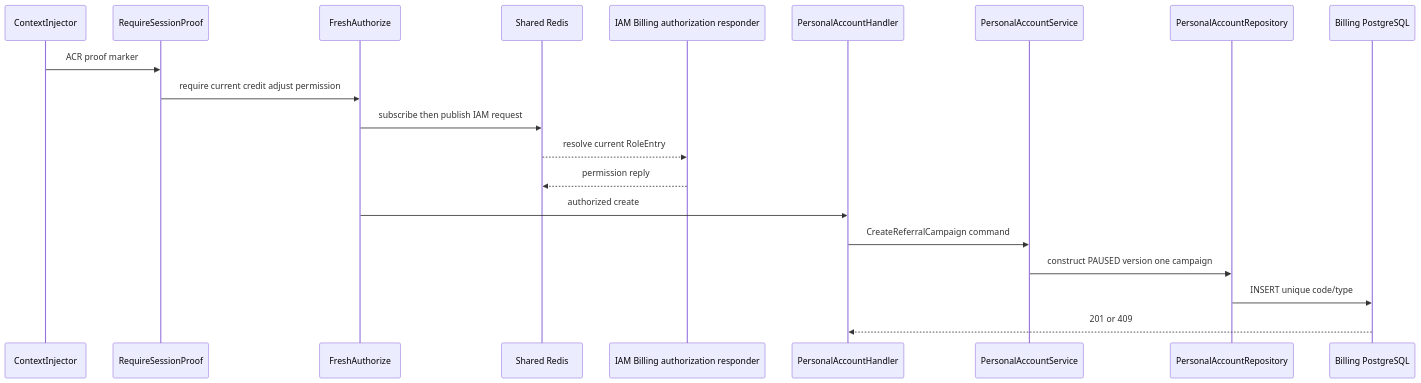
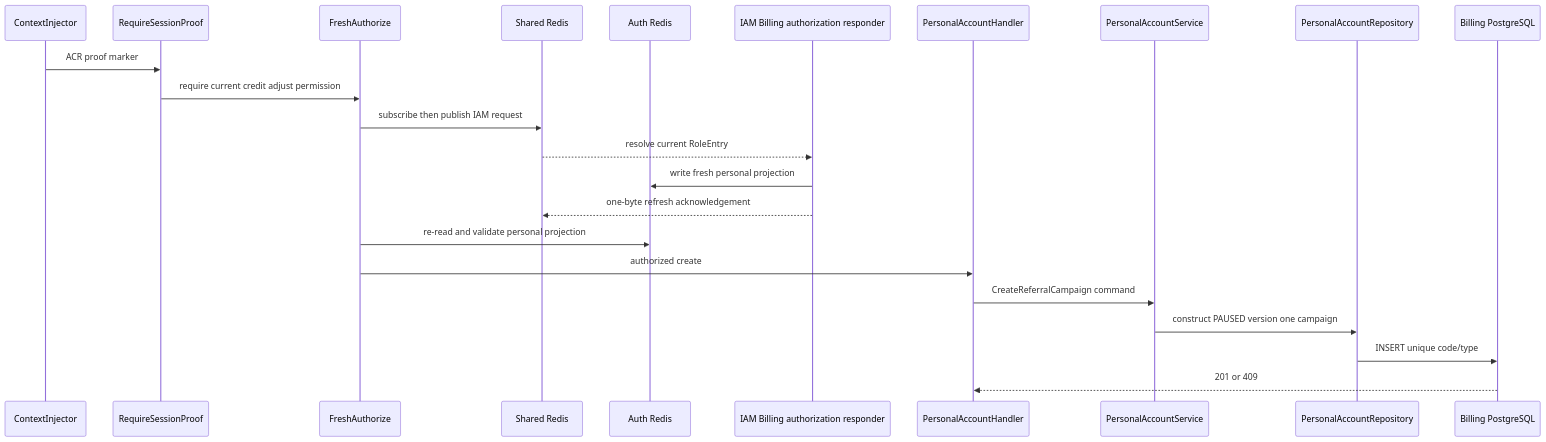
Before and after one commit to phucle996/aurora: the third of 3 diagrams in god_view/billing/billing_referral_campaign_create_god_view.md, drawn with Mermaid. The commit also changed 22 other files, not shown here.

````diff
--- a/god_view/billing/billing_referral_campaign_create_god_view.md
+++ b/god_view/billing/billing_referral_campaign_create_god_view.md
@@ -97,22 +97,25 @@
 ```mermaid
 sequenceDiagram
     participant G as ContextInjector
     participant P as RequireSessionProof
     participant M as FreshAuthorize
     participant SR as Shared Redis
+    participant L2 as Auth Redis
     participant IAM as IAM Billing authorization responder
     participant H as PersonalAccountHandler
     participant S as PersonalAccountService
     participant Repo as PersonalAccountRepository
     participant DB as Billing PostgreSQL
     G->>P: ACR proof marker
     P->>M: require current credit adjust permission
     M->>SR: subscribe then publish IAM request
     SR-->>IAM: resolve current RoleEntry
-    IAM-->>SR: permission reply
+    IAM->>L2: write fresh personal projection
+    IAM-->>SR: one-byte refresh acknowledgement
+    M->>L2: re-read and validate personal projection
     M->>H: authorized create
     H->>S: CreateReferralCampaign command
     S->>Repo: construct PAUSED version one campaign
     Repo->>DB: INSERT unique code/type
     DB-->>H: 201 or 409
 ```
````
